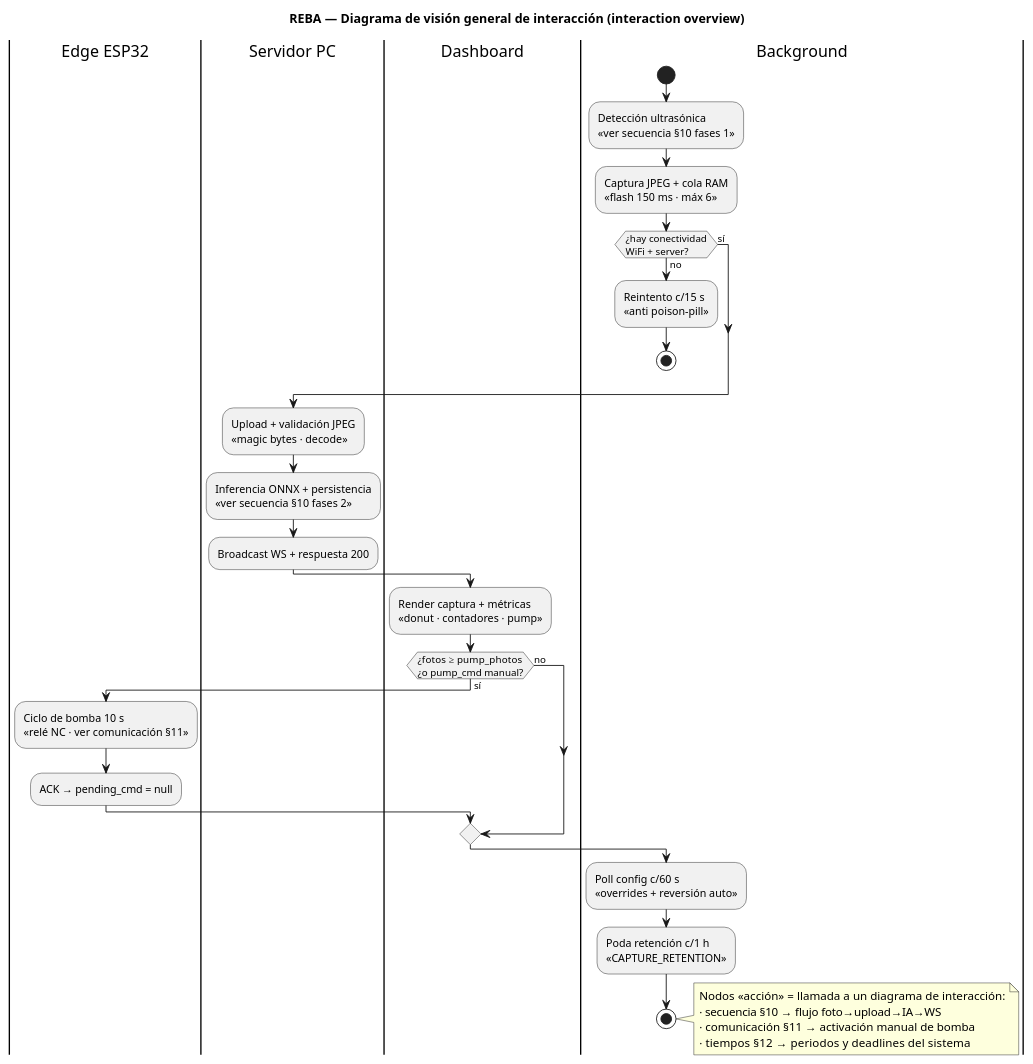
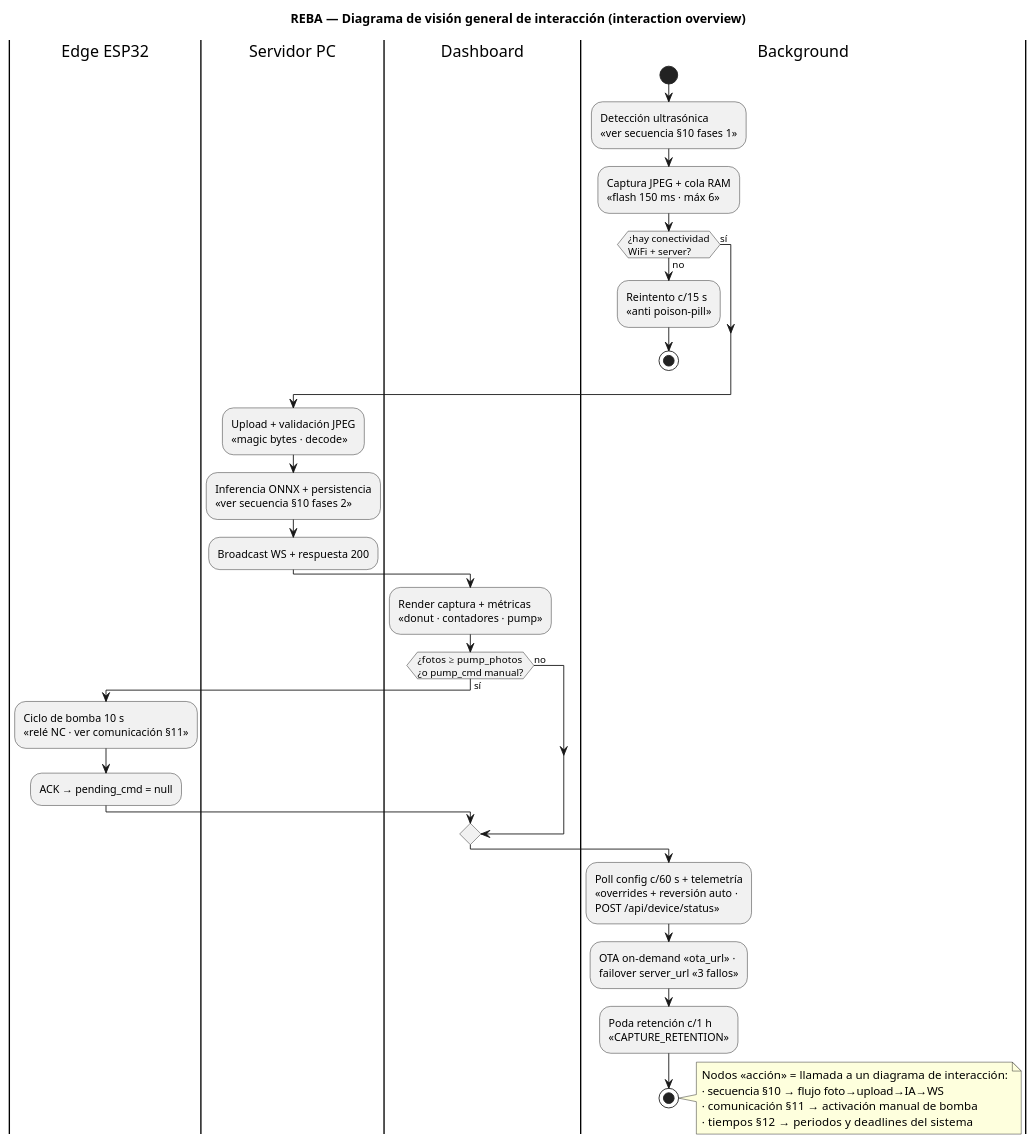
One commit to SebasHdez2006/reba_project changed the diagram in docs/diagramas/uml/13_interaccion_overview.puml. Above: the diagram before and after it, drawn with PlantUML. The commit also changed 45 other files, not shown here.

First line of the commit message:
docs: diagramas UML y arquitectura actualizados al estado real del sistema

```diff
--- a/docs/diagramas/uml/13_interaccion_overview.puml
+++ b/docs/diagramas/uml/13_interaccion_overview.puml
@@ -1,53 +1,54 @@
 @startuml 13_interaccion_overview
 title REBA — Diagrama de visión general de interacción (interaction overview)
 
 ' Aproximación UML: diagrama de actividad cuyos nodos
 ' referencian a los diagramas de secuencia del sistema.
 
 |Edge ESP32|
 |Servidor PC|
 |Dashboard|
 |Background|
 start
 
 :Detección ultrasónica\n«ver secuencia §10 fases 1»;
 
 :Captura JPEG + cola RAM\n«flash 150 ms · máx 6»;
 
 if (¿hay conectividad\nWiFi + server?) then (no)
   :Reintento c/15 s\n«anti poison-pill»;
   stop
 else (sí)
 endif
 
 |Servidor PC|
 :Upload + validación JPEG\n«magic bytes · decode»;
 
 :Inferencia ONNX + persistencia\n«ver secuencia §10 fases 2»;
 
 :Broadcast WS + respuesta 200;
 
 |Dashboard|
 :Render captura + métricas\n«donut · contadores · pump»;
 
 if (¿fotos ≥ pump_photos\n¿o pump_cmd manual?) then (sí)
   |Edge ESP32|
   :Ciclo de bomba 10 s\n«relé NC · ver comunicación §11»;
   :ACK → pending_cmd = null;
 else (no)
 endif
 
 |Background|
-:Poll config c/60 s\n«overrides + reversión auto»;
+:Poll config c/60 s + telemetría\n«overrides + reversión auto ·\nPOST /api/device/status»;
+:OTA on-demand «ota_url» ·\nfailover server_url «3 fallos»;
 :Poda retención c/1 h\n«CAPTURE_RETENTION»;
 
 stop
 
 note right
   Nodos «acción» = llamada a un diagrama de interacción:
   · secuencia §10 → flujo foto→upload→IA→WS
   · comunicación §11 → activación manual de bomba
   · tiempos §12   → periodos y deadlines del sistema
 end note
 
 @enduml
```
